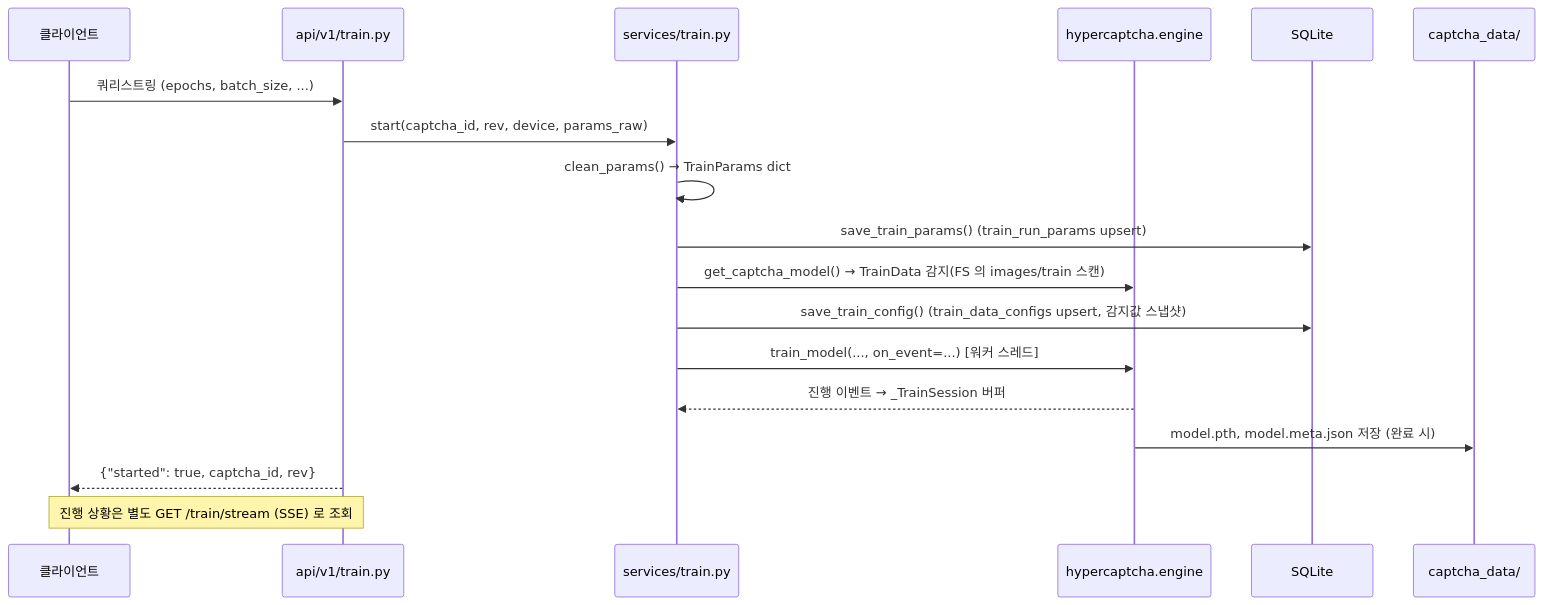
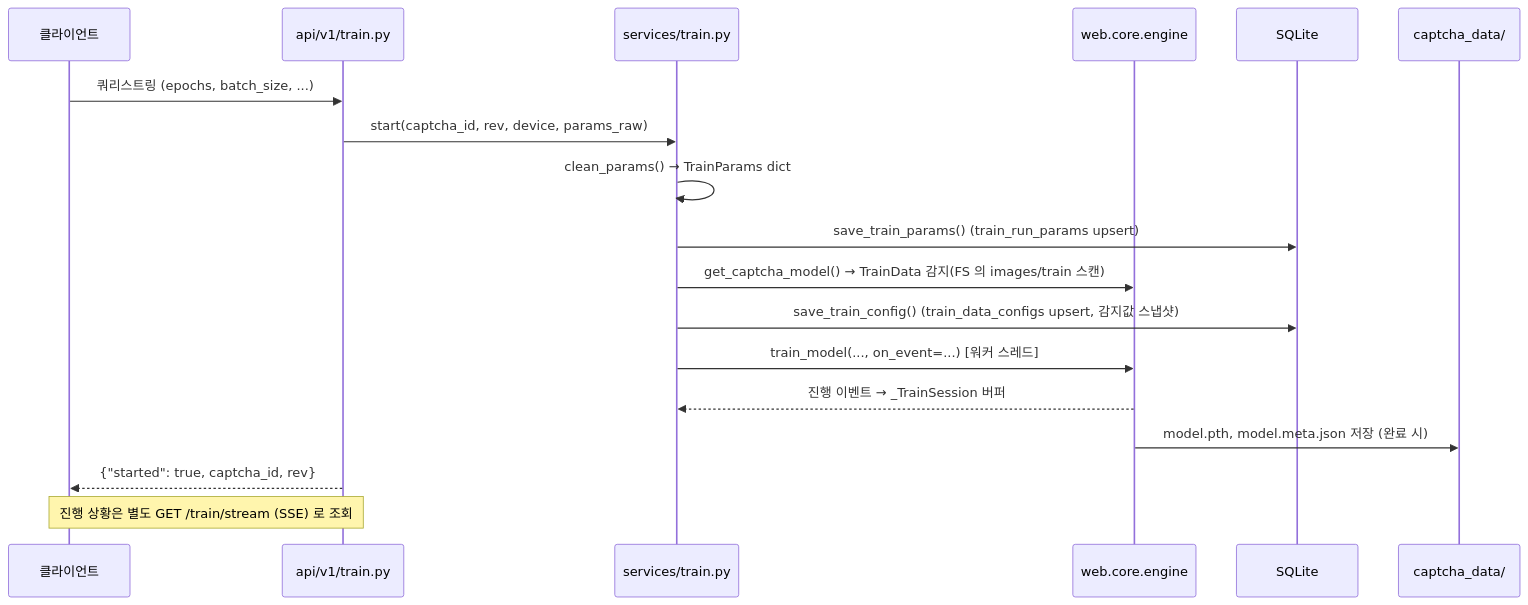
The third of 3 diagrams in docs/web-domain-model.md (itsocool/captcha-solver), drawn with Mermaid before and after one commit. The commit also changed other lines of this file and 2163 other files, not shown here.

````diff
--- a/docs/web-domain-model.md
+++ b/docs/web-domain-model.md
@@ -325,21 +325,21 @@
 ```mermaid
 sequenceDiagram
     participant C as 클라이언트
     participant API as api/v1/train.py
     participant Svc as services/train.py
-    participant Eng as hypercaptcha.engine
+    participant Eng as web.core.engine
     participant DB as SQLite
     participant FS as captcha_data/
 
     C->>API: 쿼리스트링 (epochs, batch_size, ...)
     API->>Svc: start(captcha_id, rev, device, params_raw)
     Svc->>Svc: clean_params() → TrainParams dict
     Svc->>DB: save_train_params() (train_run_params upsert)
     Svc->>Eng: get_captcha_model() → TrainData 감지(FS 의 images/train 스캔)
     Svc->>DB: save_train_config() (train_data_configs upsert, 감지값 스냅샷)
     Svc->>Eng: train_model(..., on_event=...) [워커 스레드]
     Eng-->>Svc: 진행 이벤트 → _TrainSession 버퍼
     Eng->>FS: model.pth, model.meta.json 저장 (완료 시)
     API-->>C: {"started": true, captcha_id, rev}
     Note over C,API: 진행 상황은 별도 GET /train/stream (SSE) 로 조회
 ```
````
